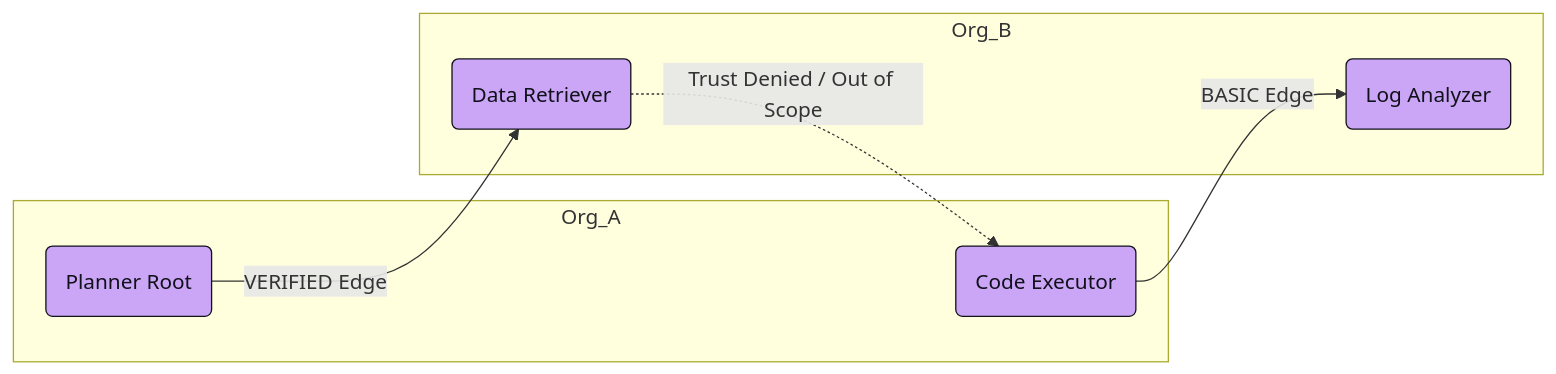
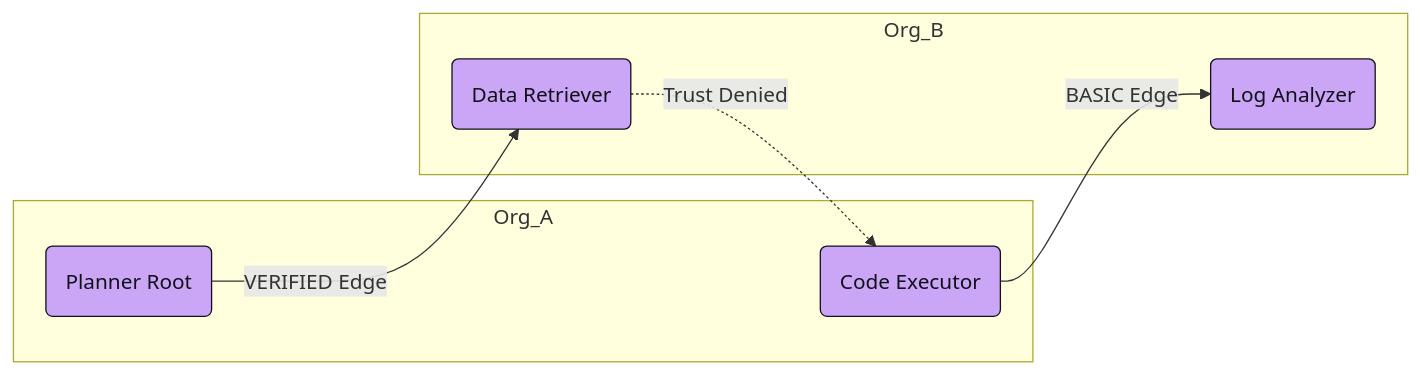
Before and after one commit to MrDecryptDecipher/Agent-Trust: diagram 11 of 30 in README.md, drawn with Mermaid. The commit also changed other lines of this file, not shown here.

Commit message:
Fix layout routing errors by avoiding circular edge definitions and special characters

````diff
--- a/README.md
+++ b/README.md
@@ -237,19 +237,19 @@
 ```mermaid
-graph LR
-    classDef org fill:#313244,stroke:#89b4fa,stroke-width:2px;
-    classDef ag fill:#cba6f7,stroke:#11111b,color:#11111b;
+flowchart LR
+    classDef org fill:#313244,stroke:#89b4fa,stroke-width:2px
+    classDef ag fill:#cba6f7,stroke:#11111b,color:#11111b
 
     subgraph Org_A
         A1("Planner Root"):::ag
         A2("Code Executor"):::ag
     end
 
     subgraph Org_B
         B1("Data Retriever"):::ag
         B2("Log Analyzer"):::ag
     end
 
-    A1 -- "VERIFIED Edge" --> B1
-    A2 -- "BASIC Edge" --> B2
-    B1 -. "Trust Denied / Out of Scope" .-> A2
+    A1 -->|VERIFIED Edge| B1
+    A2 -->|BASIC Edge| B2
+    B1 -.->|Trust Denied| A2
 ```
````
